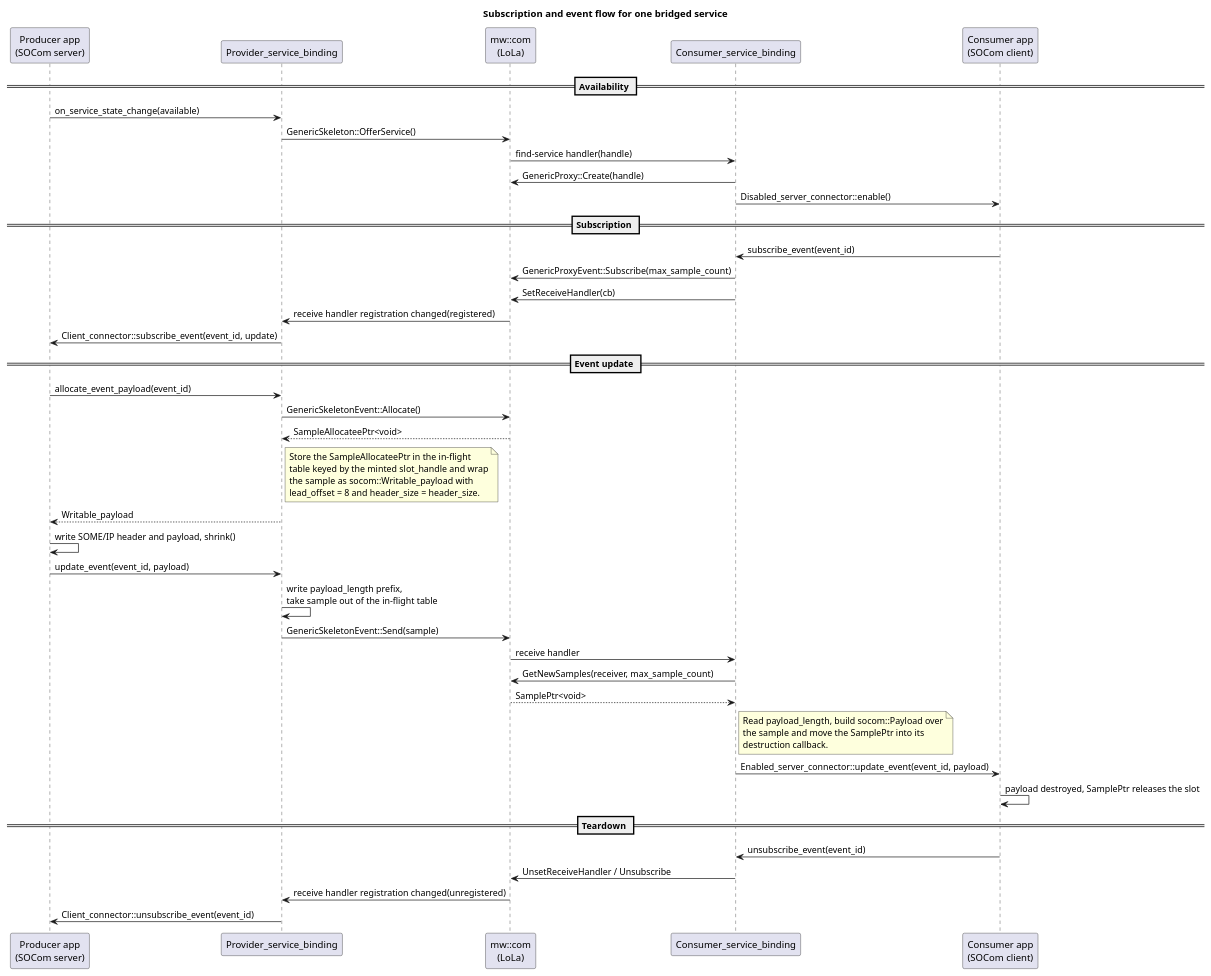
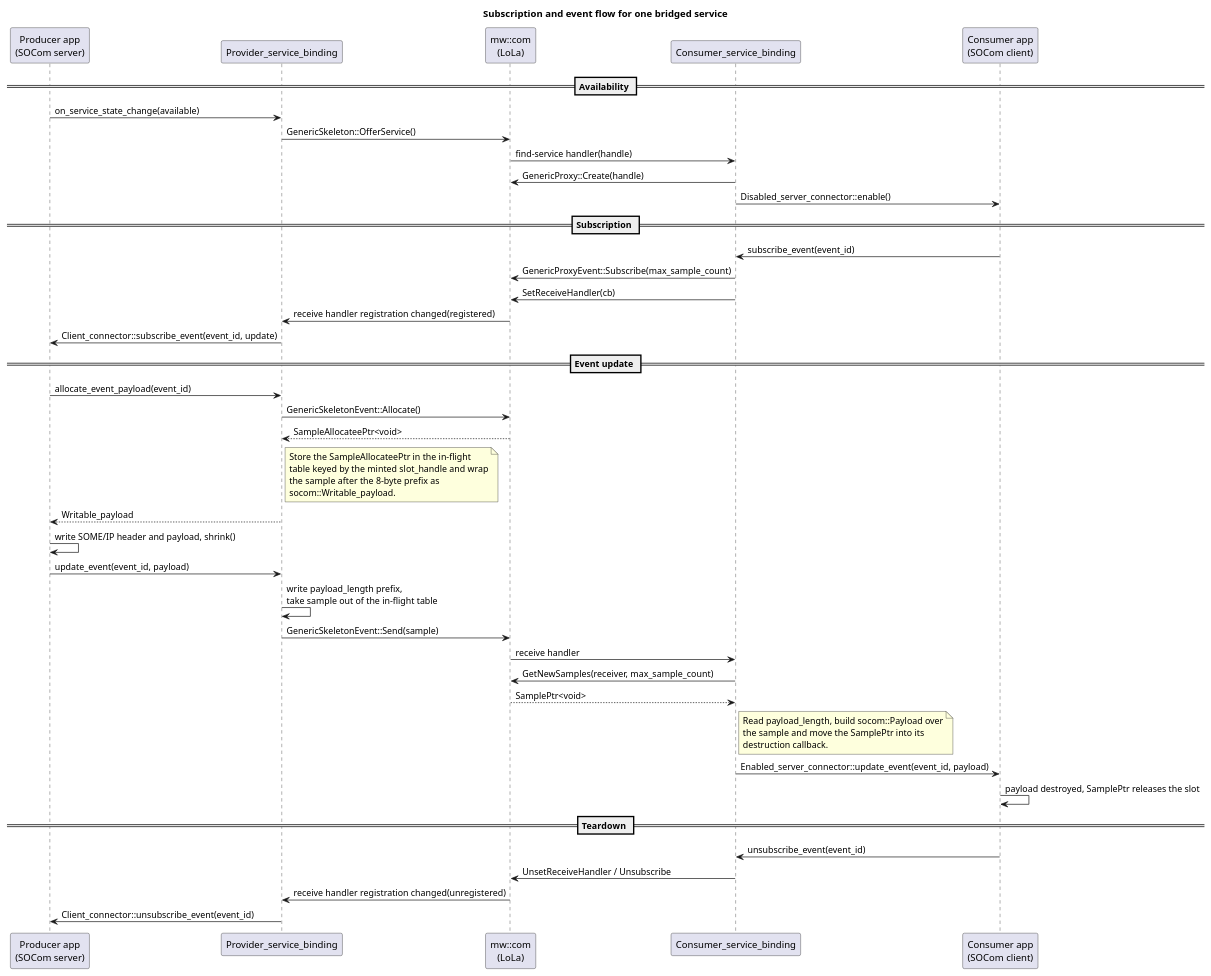
One commit to eclipse-score/inc_someip_gateway changed the diagram in score/gateway_ipc_binding/docs/models/mw_com_event_flow.puml. Above: the diagram before and after it, drawn with PlantUML. The commit also changed 21 other files, not shown here.

Commit message:
refactor(socom)!: Payload as read-only view of the full SOME/IP message

```diff
--- a/score/gateway_ipc_binding/docs/models/mw_com_event_flow.puml
+++ b/score/gateway_ipc_binding/docs/models/mw_com_event_flow.puml
@@ -14,56 +14,56 @@
 @startuml
 title Subscription and event flow for one bridged service
 
 participant "Producer app\n(SOCom server)" as prod
 participant "Provider_service_binding" as provider
 participant "mw::com\n(LoLa)" as mwcom
 participant "Consumer_service_binding" as consumer
 participant "Consumer app\n(SOCom client)" as cons
 
 == Availability ==
 prod -> provider : on_service_state_change(available)
 provider -> mwcom : GenericSkeleton::OfferService()
 mwcom -> consumer : find-service handler(handle)
 consumer -> mwcom : GenericProxy::Create(handle)
 consumer -> cons : Disabled_server_connector::enable()
 
 == Subscription ==
 cons -> consumer : subscribe_event(event_id)
 consumer -> mwcom : GenericProxyEvent::Subscribe(max_sample_count)
 consumer -> mwcom : SetReceiveHandler(cb)
 mwcom -> provider : receive handler registration changed(registered)
 provider -> prod : Client_connector::subscribe_event(event_id, update)
 
 == Event update ==
 prod -> provider : allocate_event_payload(event_id)
 provider -> mwcom : GenericSkeletonEvent::Allocate()
 mwcom --> provider : SampleAllocateePtr<void>
 note right of provider
   Store the SampleAllocateePtr in the in-flight
   table keyed by the minted slot_handle and wrap
-  the sample as socom::Writable_payload with
-  lead_offset = 8 and header_size = header_size.
+  the sample after the 8-byte prefix as
+  socom::Writable_payload.
 end note
 provider --> prod : Writable_payload
 prod -> prod : write SOME/IP header and payload, shrink()
 prod -> provider : update_event(event_id, payload)
 provider -> provider : write payload_length prefix,\ntake sample out of the in-flight table
 provider -> mwcom : GenericSkeletonEvent::Send(sample)
 
 mwcom -> consumer : receive handler
 consumer -> mwcom : GetNewSamples(receiver, max_sample_count)
 mwcom --> consumer : SamplePtr<void>
 note right of consumer
   Read payload_length, build socom::Payload over
   the sample and move the SamplePtr into its
   destruction callback.
 end note
 consumer -> cons : Enabled_server_connector::update_event(event_id, payload)
 cons -> cons : payload destroyed, SamplePtr releases the slot
 
 == Teardown ==
 cons -> consumer : unsubscribe_event(event_id)
 consumer -> mwcom : UnsetReceiveHandler / Unsubscribe
 mwcom -> provider : receive handler registration changed(unregistered)
 provider -> prod : Client_connector::unsubscribe_event(event_id)
 @enduml
```
